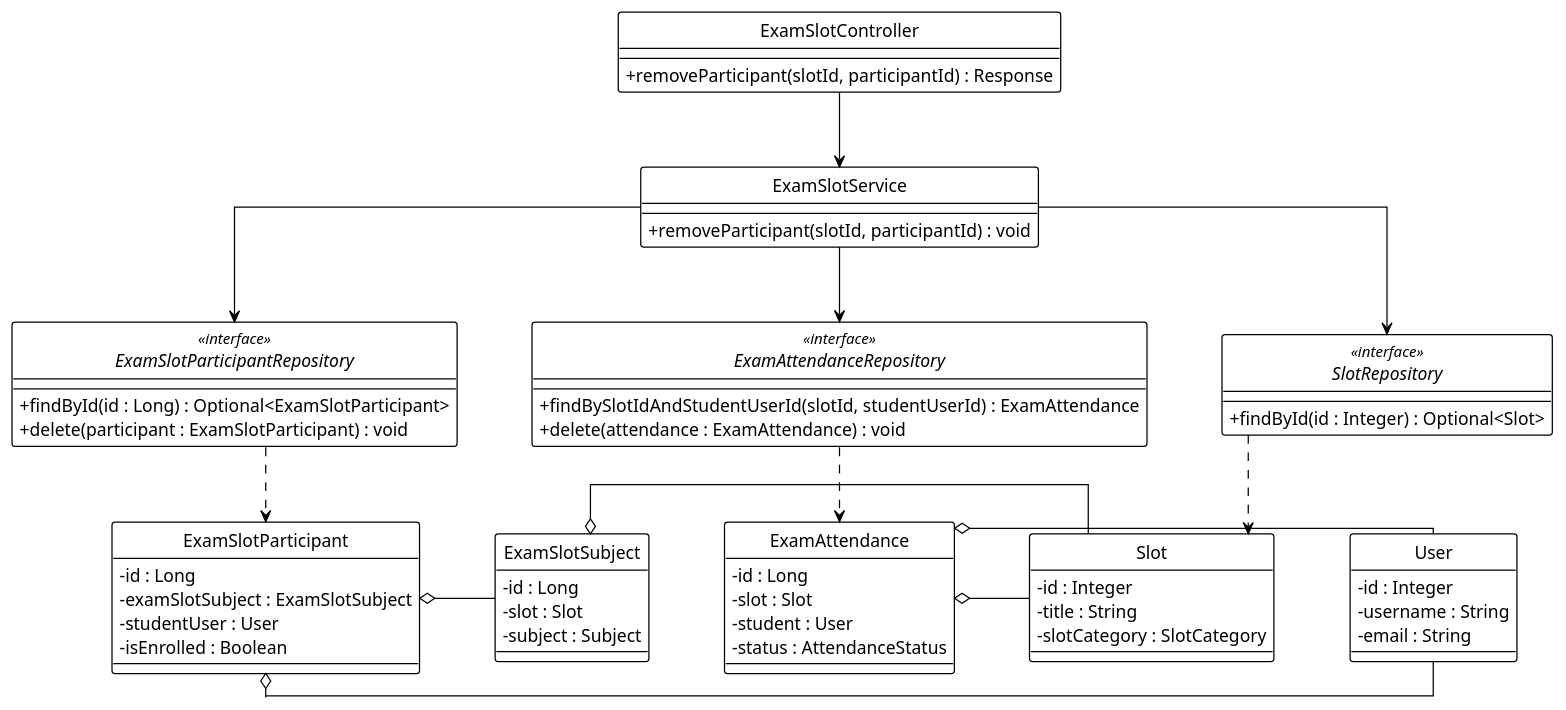
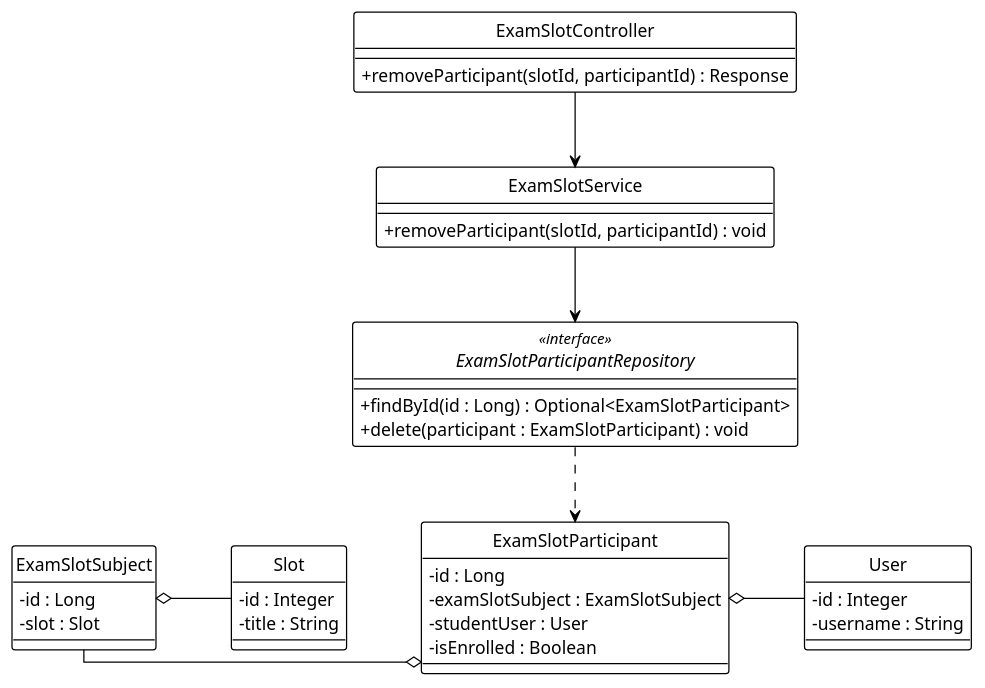
Before and after one commit to Ndh474/context: the diagram in system_detailed_design/40_remove_participant_from_exam_slot/class_diagram_remove_participant_from_exam_slot.puml, drawn with PlantUML. The commit also changed 5 other files, not shown here.

First line of the commit message:
docs(diagrams): simplify exam slot participant management diagrams

```diff
--- a/system_detailed_design/40_remove_participant_from_exam_slot/class_diagram_remove_participant_from_exam_slot.puml
+++ b/system_detailed_design/40_remove_participant_from_exam_slot/class_diagram_remove_participant_from_exam_slot.puml
@@ -1,87 +1,62 @@
 @startuml remove_participant_from_exam_slot
 !theme plain
 hide circle
 skinparam classAttributeIconSize 0
 
 ' --- CẤU HÌNH "ORTHO" (BẮT BUỘC) ---
 skinparam linetype ortho
 skinparam nodesep 60
 skinparam ranksep 60
 
 ' --- CONTROLLER ---
 class ExamSlotController {
   + removeParticipant(slotId, participantId) : Response
 }
 
 ' --- SERVICE ---
 class ExamSlotService {
   + removeParticipant(slotId, participantId) : void
 }
 
 ' --- REPOSITORY ---
 interface ExamSlotParticipantRepository <<interface>> {
   + findById(id : Long) : Optional<ExamSlotParticipant>
   + delete(participant : ExamSlotParticipant) : void
 }
 
-interface SlotRepository <<interface>> {
-  + findById(id : Integer) : Optional<Slot>
-}
-
-interface ExamAttendanceRepository <<interface>> {
-  + findBySlotIdAndStudentUserId(slotId, studentUserId) : ExamAttendance
-  + delete(attendance : ExamAttendance) : void
-}
-
 ' --- ENTITIES ---
 class ExamSlotParticipant {
   - id : Long
   - examSlotSubject : ExamSlotSubject
   - studentUser : User
   - isEnrolled : Boolean
 }
 
 class ExamSlotSubject {
   - id : Long
   - slot : Slot
-  - subject : Subject
 }
 
 class Slot {
   - id : Integer
   - title : String
-  - slotCategory : SlotCategory
 }
 
 class User {
   - id : Integer
   - username : String
-  - email : String
-}
-
-class ExamAttendance {
-  - id : Long
-  - slot : Slot
-  - student : User
-  - status : AttendanceStatus
 }
 
 ' --- DEPENDENCY INJECTION (Association) ---
 ExamSlotController -down-> ExamSlotService
 ExamSlotService -down-> ExamSlotParticipantRepository
-ExamSlotService -down-> SlotRepository
-ExamSlotService -down-> ExamAttendanceRepository
 
 ' --- REPOSITORY USAGE (Dependency) ---
 ExamSlotParticipantRepository .down.> ExamSlotParticipant
-SlotRepository .down.> Slot
-ExamAttendanceRepository .down.> ExamAttendance
 
 ' --- ENTITY RELATIONSHIPS (Aggregation) ---
-ExamSlotParticipant o-right- ExamSlotSubject
+ExamSlotParticipant o-left- ExamSlotSubject
 ExamSlotParticipant o-right- User
 ExamSlotSubject o-right- Slot
-ExamAttendance o-right- Slot
-ExamAttendance o-right- User
 
 @enduml
```
